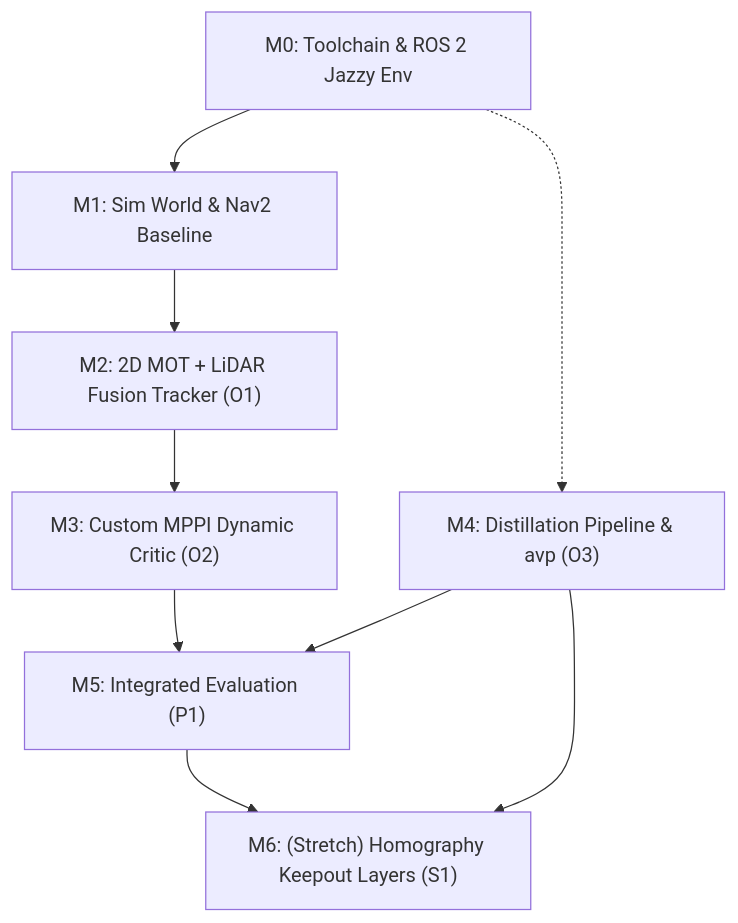
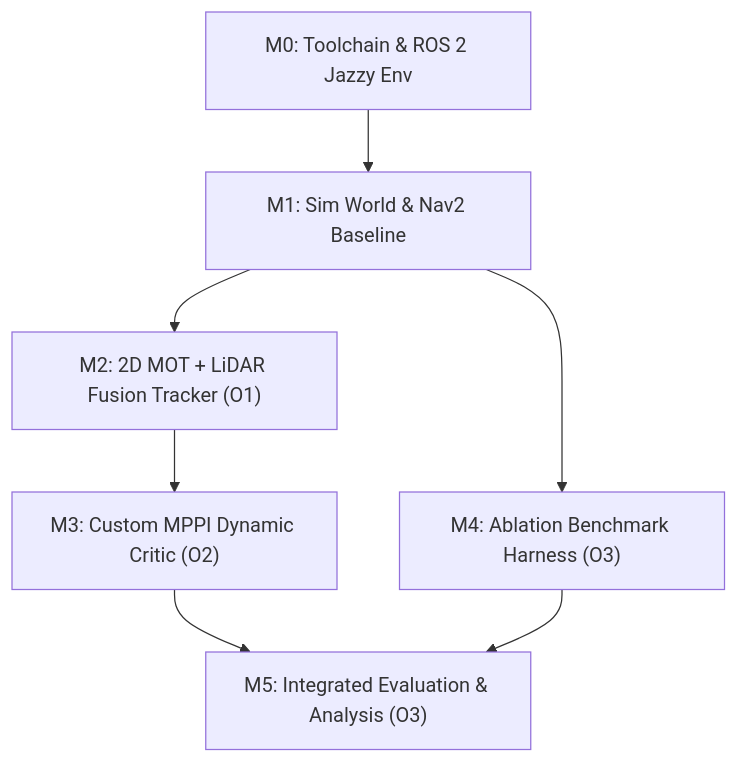
One commit to cupcakes04/y4_ee changed the diagram in modules/EEEE4077_mechatronics_proj/chapters/planning/methodology.md. Above: the diagram before and after it, drawn with Mermaid. The commit also changed other lines of this file and 50 other files, not shown here.

````diff
--- a/modules/EEEE4077_mechatronics_proj/chapters/planning/methodology.md
+++ b/modules/EEEE4077_mechatronics_proj/chapters/planning/methodology.md
@@ -19,12 +22,9 @@
 ```mermaid
 flowchart TD
     M0["M0: Toolchain & ROS 2 Jazzy Env"] --> M1["M1: Sim World & Nav2 Baseline"]
     M1 --> M2["M2: 2D MOT + LiDAR Fusion Tracker (O1)"]
+    M1 --> M4["M4: Ablation Benchmark Harness (O3)"]
     M2 --> M3["M3: Custom MPPI Dynamic Critic (O2)"]
-    M3 --> M5["M5: Integrated Evaluation (P1)"]
-    
-    M0 -.-> M4["M4: Distillation Pipeline & avp (O3)"]
+    M3 --> M5["M5: Integrated Evaluation & Analysis (O3)"]
     M4 --> M5
-    M4 --> M6["M6: (Stretch) Homography Keepout Layers (S1)"]
-    M5 --> M6
 ```
````
